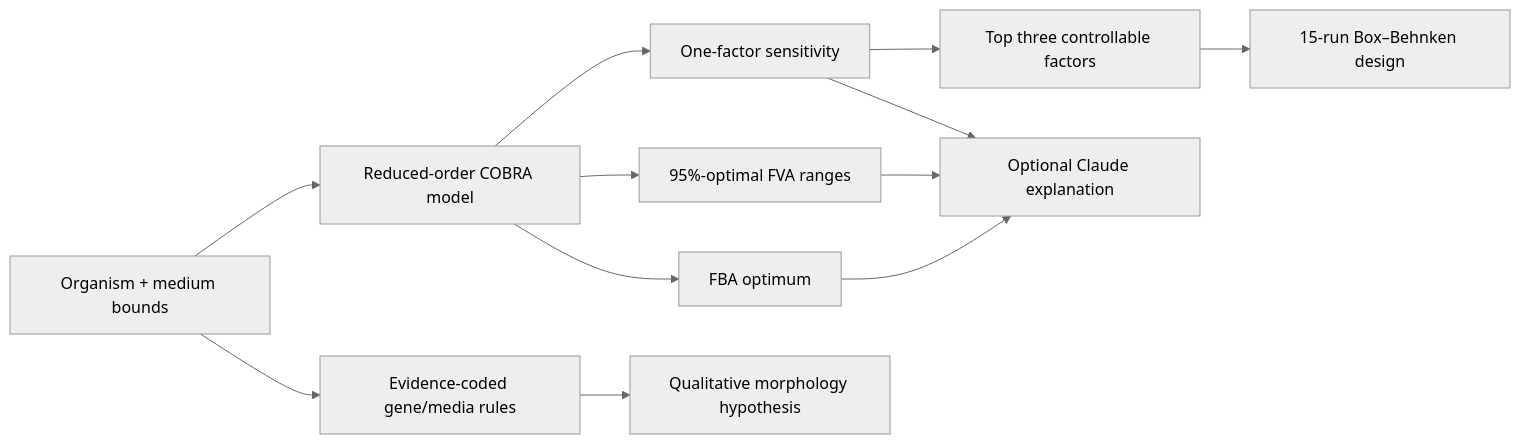
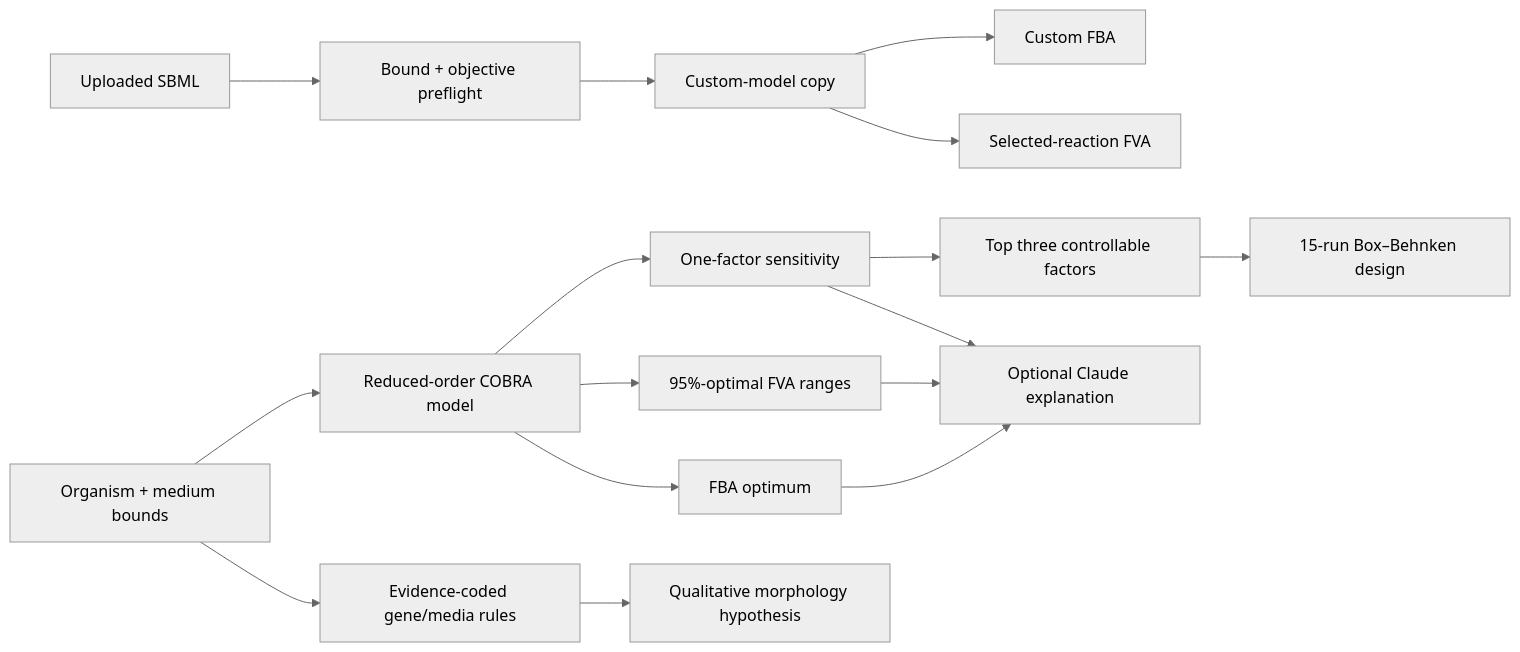
The diagram in README.md (mammadovziya/myco-optima), drawn with Mermaid (neutral theme) before and after one commit. The commit also changed other lines of this file and 10 other files, not shown here.

````diff
--- a/README.md
+++ b/README.md
@@ -107,14 +136,18 @@
 ```mermaid
 flowchart LR
     A["Organism + medium bounds"] --> B["Reduced-order COBRA model"]
+    K["Uploaded SBML"] --> L["Bound + objective preflight"]
+    L --> M["Custom-model copy"]
     B --> C["FBA optimum"]
     B --> D["95%-optimal FVA ranges"]
+    M --> N["Custom FBA"]
+    M --> O["Selected-reaction FVA"]
     B --> E["One-factor sensitivity"]
     E --> F["Top three controllable factors"]
     F --> G["15-run Box–Behnken design"]
     A --> H["Evidence-coded gene/media rules"]
     H --> I["Qualitative morphology hypothesis"]
     C --> J["Optional Claude explanation"]
     D --> J
     E --> J
 ```
````
